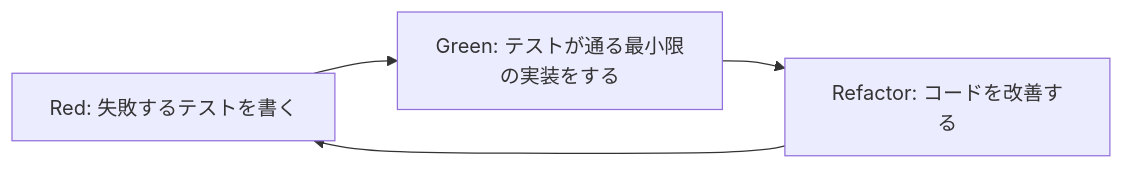
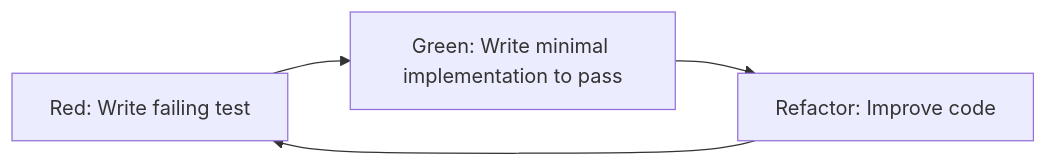
One commit to noppikinatta/musicassettester changed the diagram in .cursor/rules/001_dev_bestpractice.mdc. Above: the diagram before and after it, drawn with Mermaid. The commit also changed other lines of this file and 1 other file, not shown here.

````diff
--- a/.cursor/rules/001_dev_bestpractice.mdc
+++ b/.cursor/rules/001_dev_bestpractice.mdc
@@ -217,6 +207,6 @@
 ```mermaid
 flowchart LR
-    Red[Red: 失敗するテストを書く] --> Green[Green: テストが通る最小限の実装をする]
-    Green --> Refactor[Refactor: コードを改善する]
+    Red[Red: Write failing test] --> Green[Green: Write minimal implementation to pass]
+    Green --> Refactor[Refactor: Improve code]
     Refactor --> Red
 ```
````
